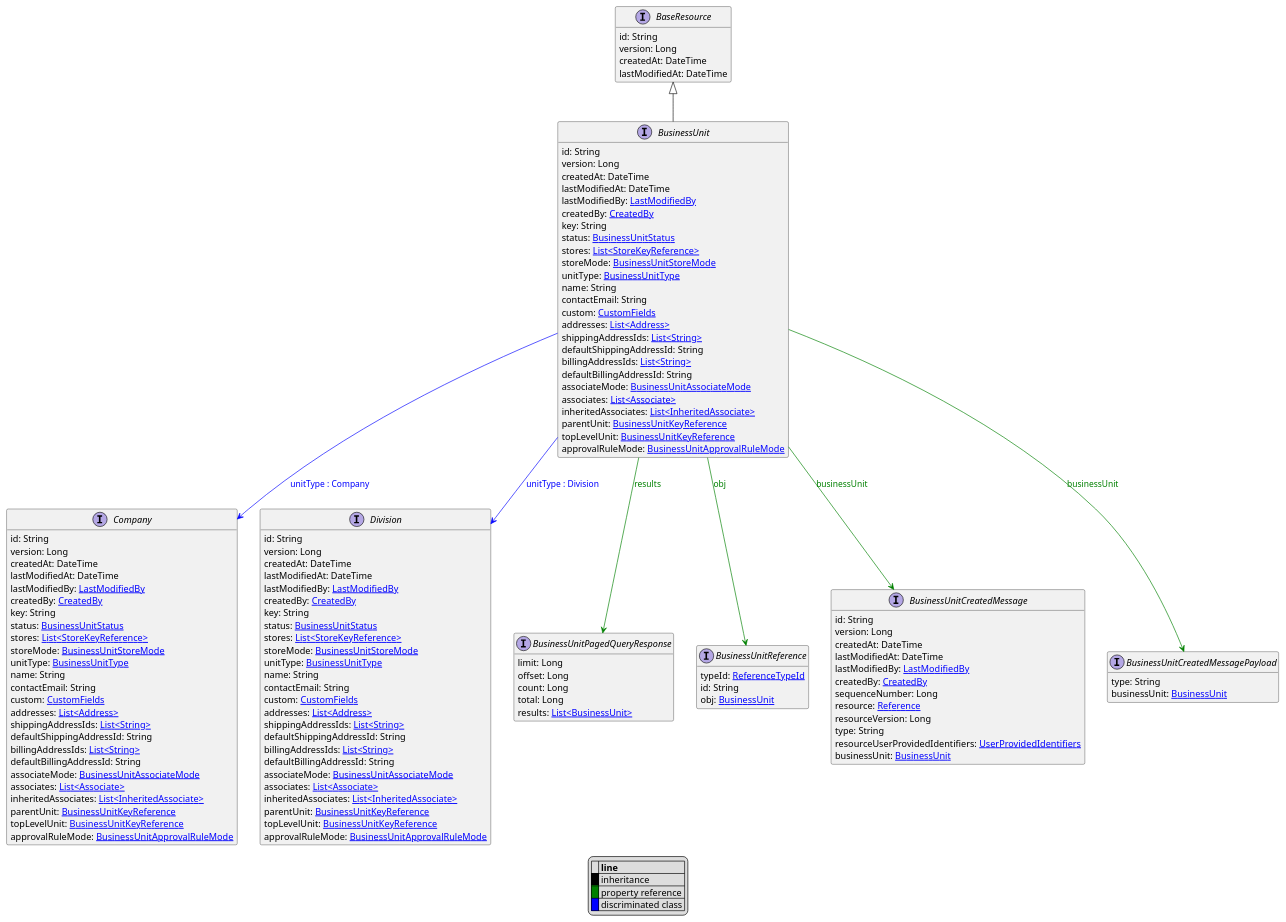
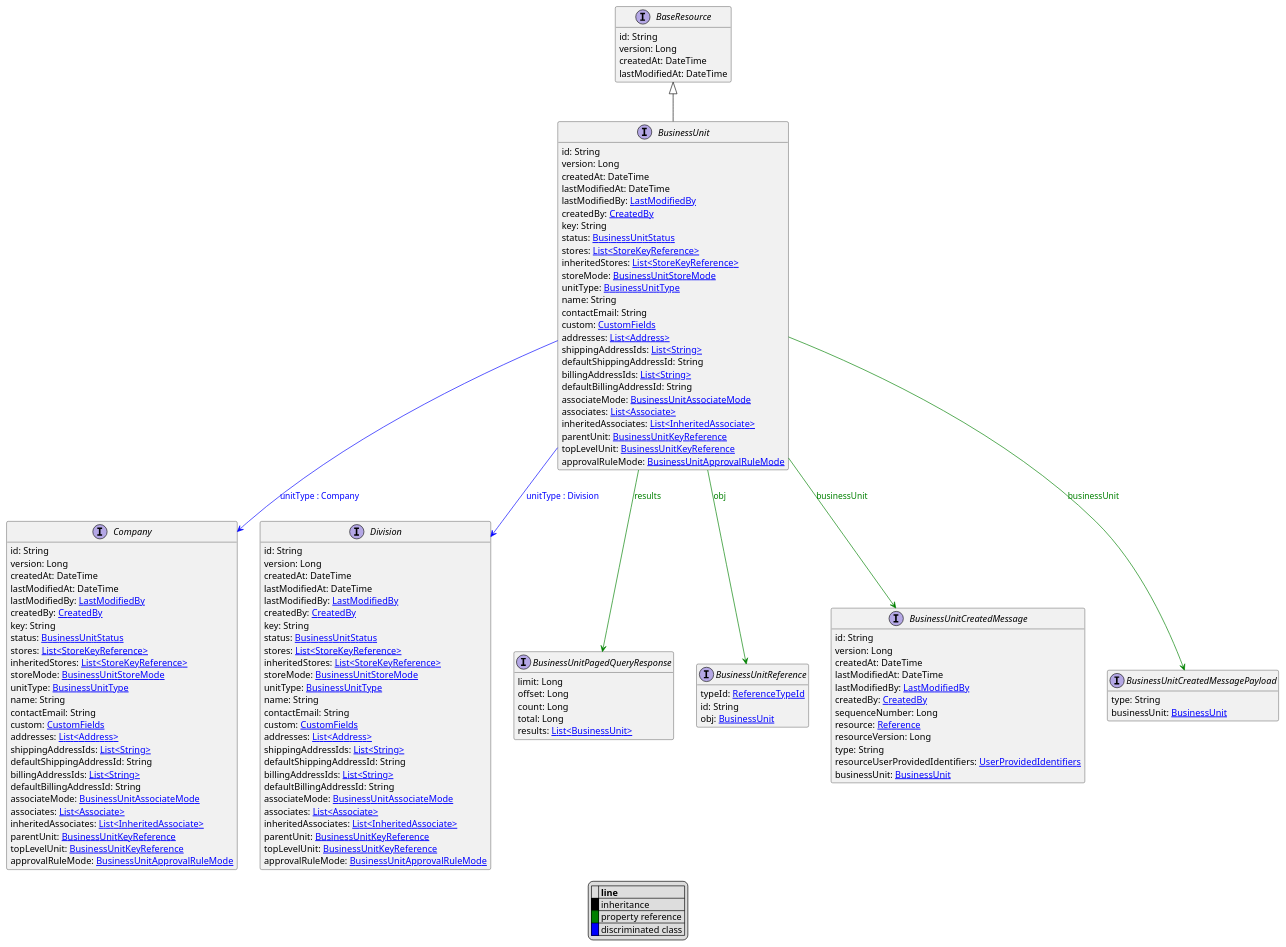
Before and after one commit to commercetools/commercetools-api-reference: the diagram in uml/api/BusinessUnit.puml, drawn with PlantUML. The commit also changed 2009 other files, not shown here.

```diff
--- a/uml/api/BusinessUnit.puml
+++ b/uml/api/BusinessUnit.puml
@@ -1,135 +1,138 @@
 @startuml
 
 hide empty fields
 hide empty methods
 legend
 |= |= line |
 |<back:black>   </back>| inheritance |
 |<back:green>   </back>| property reference |
 |<back:blue>   </back>| discriminated class |
 endlegend
 interface BusinessUnit [[BusinessUnit.svg]] extends BaseResource {
     id: String
     version: Long
     createdAt: DateTime
     lastModifiedAt: DateTime
     lastModifiedBy: [[LastModifiedBy.svg LastModifiedBy]]
     createdBy: [[CreatedBy.svg CreatedBy]]
     key: String
     status: [[BusinessUnitStatus.svg BusinessUnitStatus]]
     stores: [[StoreKeyReference.svg List<StoreKeyReference>]]
+    inheritedStores: [[StoreKeyReference.svg List<StoreKeyReference>]]
     storeMode: [[BusinessUnitStoreMode.svg BusinessUnitStoreMode]]
     unitType: [[BusinessUnitType.svg BusinessUnitType]]
     name: String
     contactEmail: String
     custom: [[CustomFields.svg CustomFields]]
     addresses: [[Address.svg List<Address>]]
     shippingAddressIds: [[String.svg List<String>]]
     defaultShippingAddressId: String
     billingAddressIds: [[String.svg List<String>]]
     defaultBillingAddressId: String
     associateMode: [[BusinessUnitAssociateMode.svg BusinessUnitAssociateMode]]
     associates: [[Associate.svg List<Associate>]]
     inheritedAssociates: [[InheritedAssociate.svg List<InheritedAssociate>]]
     parentUnit: [[BusinessUnitKeyReference.svg BusinessUnitKeyReference]]
     topLevelUnit: [[BusinessUnitKeyReference.svg BusinessUnitKeyReference]]
     approvalRuleMode: [[BusinessUnitApprovalRuleMode.svg BusinessUnitApprovalRuleMode]]
 }
 interface BaseResource [[BaseResource.svg]]  {
     id: String
     version: Long
     createdAt: DateTime
     lastModifiedAt: DateTime
 }
 
 interface Company [[Company.svg]]  {
     id: String
     version: Long
     createdAt: DateTime
     lastModifiedAt: DateTime
     lastModifiedBy: [[LastModifiedBy.svg LastModifiedBy]]
     createdBy: [[CreatedBy.svg CreatedBy]]
     key: String
     status: [[BusinessUnitStatus.svg BusinessUnitStatus]]
     stores: [[StoreKeyReference.svg List<StoreKeyReference>]]
+    inheritedStores: [[StoreKeyReference.svg List<StoreKeyReference>]]
     storeMode: [[BusinessUnitStoreMode.svg BusinessUnitStoreMode]]
     unitType: [[BusinessUnitType.svg BusinessUnitType]]
     name: String
     contactEmail: String
     custom: [[CustomFields.svg CustomFields]]
     addresses: [[Address.svg List<Address>]]
     shippingAddressIds: [[String.svg List<String>]]
     defaultShippingAddressId: String
     billingAddressIds: [[String.svg List<String>]]
     defaultBillingAddressId: String
     associateMode: [[BusinessUnitAssociateMode.svg BusinessUnitAssociateMode]]
     associates: [[Associate.svg List<Associate>]]
     inheritedAssociates: [[InheritedAssociate.svg List<InheritedAssociate>]]
     parentUnit: [[BusinessUnitKeyReference.svg BusinessUnitKeyReference]]
     topLevelUnit: [[BusinessUnitKeyReference.svg BusinessUnitKeyReference]]
     approvalRuleMode: [[BusinessUnitApprovalRuleMode.svg BusinessUnitApprovalRuleMode]]
 }
 interface Division [[Division.svg]]  {
     id: String
     version: Long
     createdAt: DateTime
     lastModifiedAt: DateTime
     lastModifiedBy: [[LastModifiedBy.svg LastModifiedBy]]
     createdBy: [[CreatedBy.svg CreatedBy]]
     key: String
     status: [[BusinessUnitStatus.svg BusinessUnitStatus]]
     stores: [[StoreKeyReference.svg List<StoreKeyReference>]]
+    inheritedStores: [[StoreKeyReference.svg List<StoreKeyReference>]]
     storeMode: [[BusinessUnitStoreMode.svg BusinessUnitStoreMode]]
     unitType: [[BusinessUnitType.svg BusinessUnitType]]
     name: String
     contactEmail: String
     custom: [[CustomFields.svg CustomFields]]
     addresses: [[Address.svg List<Address>]]
     shippingAddressIds: [[String.svg List<String>]]
     defaultShippingAddressId: String
     billingAddressIds: [[String.svg List<String>]]
     defaultBillingAddressId: String
     associateMode: [[BusinessUnitAssociateMode.svg BusinessUnitAssociateMode]]
     associates: [[Associate.svg List<Associate>]]
     inheritedAssociates: [[InheritedAssociate.svg List<InheritedAssociate>]]
     parentUnit: [[BusinessUnitKeyReference.svg BusinessUnitKeyReference]]
     topLevelUnit: [[BusinessUnitKeyReference.svg BusinessUnitKeyReference]]
     approvalRuleMode: [[BusinessUnitApprovalRuleMode.svg BusinessUnitApprovalRuleMode]]
 }
 interface BusinessUnitPagedQueryResponse [[BusinessUnitPagedQueryResponse.svg]]  {
     limit: Long
     offset: Long
     count: Long
     total: Long
     results: [[BusinessUnit.svg List<BusinessUnit>]]
 }
 interface BusinessUnitReference [[BusinessUnitReference.svg]]  {
     typeId: [[ReferenceTypeId.svg ReferenceTypeId]]
     id: String
     obj: [[BusinessUnit.svg BusinessUnit]]
 }
 interface BusinessUnitCreatedMessage [[BusinessUnitCreatedMessage.svg]]  {
     id: String
     version: Long
     createdAt: DateTime
     lastModifiedAt: DateTime
     lastModifiedBy: [[LastModifiedBy.svg LastModifiedBy]]
     createdBy: [[CreatedBy.svg CreatedBy]]
     sequenceNumber: Long
     resource: [[Reference.svg Reference]]
     resourceVersion: Long
     type: String
     resourceUserProvidedIdentifiers: [[UserProvidedIdentifiers.svg UserProvidedIdentifiers]]
     businessUnit: [[BusinessUnit.svg BusinessUnit]]
 }
 interface BusinessUnitCreatedMessagePayload [[BusinessUnitCreatedMessagePayload.svg]]  {
     type: String
     businessUnit: [[BusinessUnit.svg BusinessUnit]]
 }
 BusinessUnit --> Company #blue;text:blue : "unitType : Company"
 BusinessUnit --> Division #blue;text:blue : "unitType : Division"
 BusinessUnit --> BusinessUnitPagedQueryResponse #green;text:green : "results"
 BusinessUnit --> BusinessUnitReference #green;text:green : "obj"
 BusinessUnit --> BusinessUnitCreatedMessage #green;text:green : "businessUnit"
 BusinessUnit --> BusinessUnitCreatedMessagePayload #green;text:green : "businessUnit"
 @enduml
```
